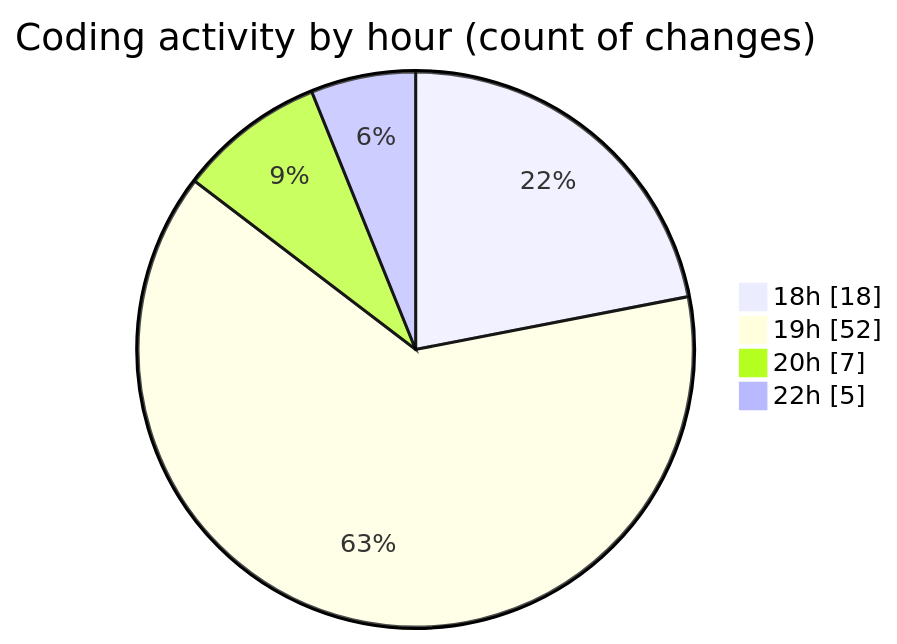
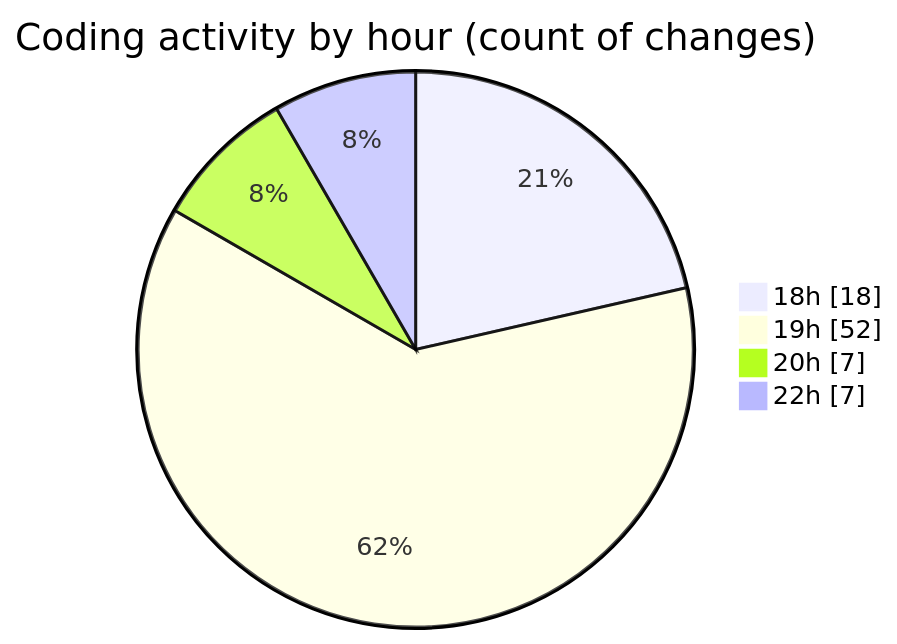
Before and after one commit to ernivani/code-tracking: the second of 2 diagrams in 2025-01-03/my-code-activity-ext/README.md, drawn with Mermaid. The commit also changed other lines of this file and 6 other files, not shown here.

````diff
--- a/2025-01-03/my-code-activity-ext/README.md
+++ b/2025-01-03/my-code-activity-ext/README.md
@@ -46,8 +47,8 @@
 ```mermaid
 pie showData
 title Coding activity by hour (count of changes)
 "18h" : 18
 "19h" : 52
 "20h" : 7
-"22h" : 5
+"22h" : 7
 ```
````
